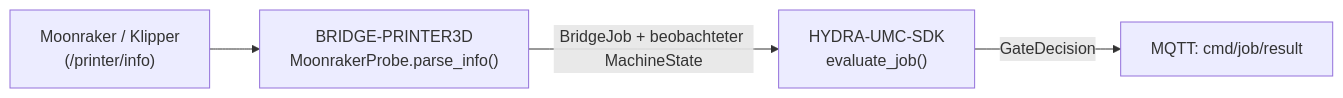
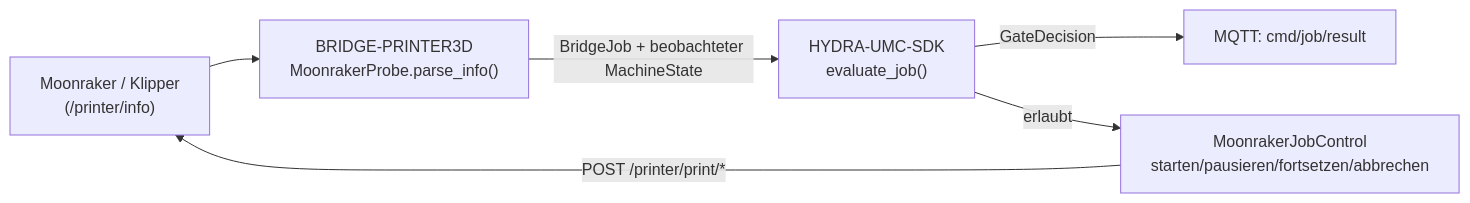
Before and after one commit to JuanenRac/HYDRA-UMC-BRIDGE-PRINTER3D: the diagram in README_deu.md, drawn with Mermaid. The commit also changed other lines of this file and 7 other files, not shown here.

Commit message:
List the global stop and real broker tests, complete the flow diagram in every language

````diff
--- a/README_deu.md
+++ b/README_deu.md
@@ -81,6 +81,8 @@
 ```mermaid
 flowchart LR
     PRINTER["Moonraker / Klipper<br/>(/printer/info)"] --> BRIDGE["BRIDGE-PRINTER3D<br/>MoonrakerProbe.parse_info()"]
     BRIDGE -- "BridgeJob + beobachteter MachineState" --> SDK["HYDRA-UMC-SDK<br/>evaluate_job()"]
     SDK -- GateDecision --> RESULT["MQTT: cmd/job/result"]
+    SDK -- "erlaubt" --> JOBCTRL["MoonrakerJobControl<br/>starten/pausieren/fortsetzen/abbrechen"]
+    JOBCTRL -- "POST /printer/print/*" --> PRINTER
 ```
````
